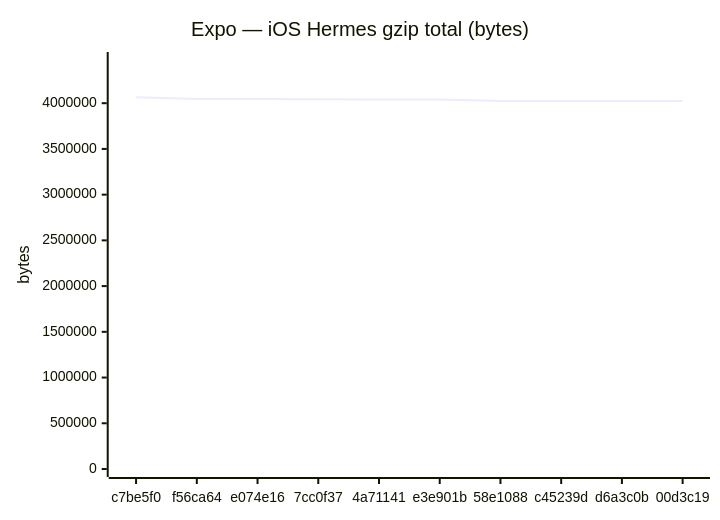
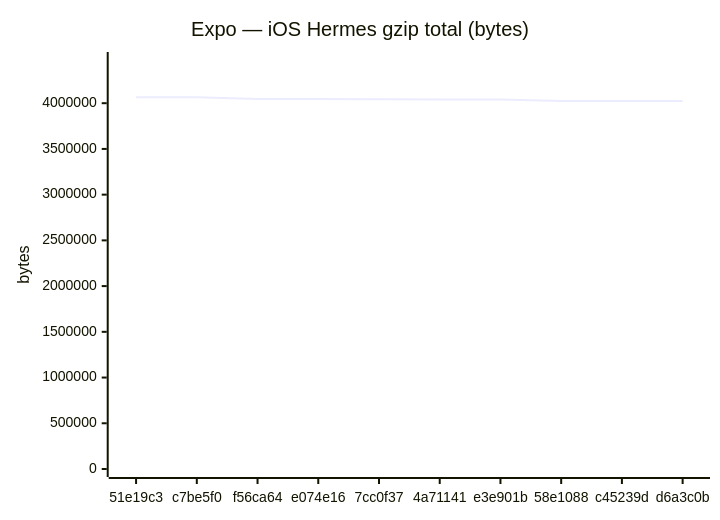
Before and after one commit to Metaheurist/Rianell: the sixth of 18 diagrams in benchmarks/compare.md, drawn with Mermaid. The commit also changed other lines of this file and 11 other files, not shown here.

````diff
--- a/benchmarks/compare.md
+++ b/benchmarks/compare.md
@@ -96,7 +96,7 @@
 ```mermaid
 xychart-beta
     title "Expo — iOS Hermes gzip total (bytes)"
-    x-axis ["c7be5f0", "f56ca64", "e074e16", "7cc0f37", "4a71141", "e3e901b", "58e1088", "c45239d", "d6a3c0b", "00d3c19"]
+    x-axis ["51e19c3", "c7be5f0", "f56ca64", "e074e16", "7cc0f37", "4a71141", "e3e901b", "58e1088", "c45239d", "d6a3c0b"]
     y-axis "bytes" 0 --> 4472399
-    line [4065817, 4047233, 4047234, 4042958, 4039809, 4039179, 4023650, 4023650, 4023645, 4024761]
+    line [4065816, 4065817, 4047233, 4047234, 4042958, 4039809, 4039179, 4023650, 4023650, 4023645]
 ```
````
